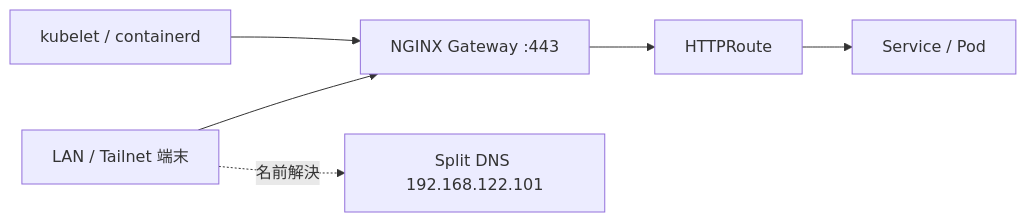
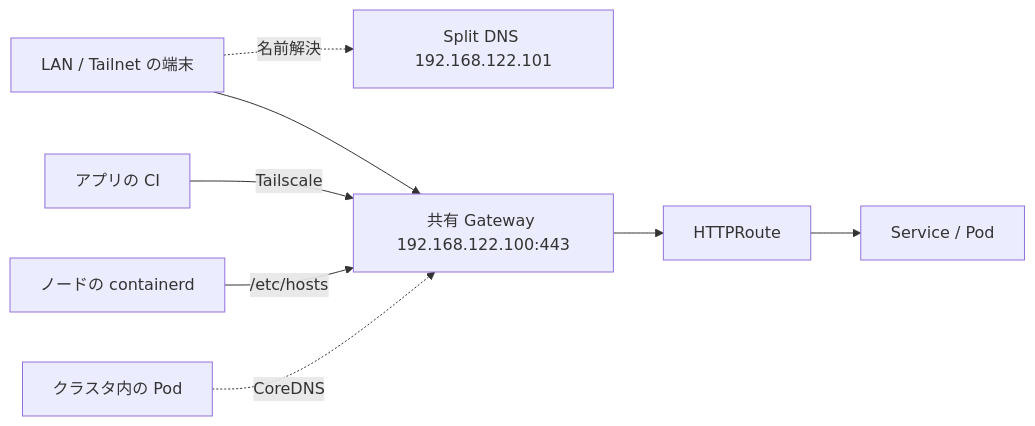
Before and after one commit to home-lab-ksera/home-lab-k8s: the diagram in docs/access.md, drawn with Mermaid. The commit also changed other lines of this file and 50 other files, not shown here.

````diff
--- a/docs/access.md
+++ b/docs/access.md
@@ -28,8 +5,9 @@
 ```mermaid
 flowchart LR
-  Nodes[kubelet / containerd] --> GW[NGINX Gateway :443]
-  Client[LAN / Tailnet 端末] --> GW
-  Client -. 名前解決 .-> DNS[Split DNS 192.168.122.101]
-  GW --> Route[HTTPRoute]
-  Route --> Service[Service / Pod]
+  Client[LAN / Tailnet の端末] -. 名前解決 .-> SDNS[Split DNS 192.168.122.101]
+  Client --> GW[共有 Gateway 192.168.122.100:443]
+  CI[アプリの CI] -->|Tailscale| GW
+  Node[ノードの containerd] -->|/etc/hosts| GW
+  Pod[クラスタ内の Pod] -. CoreDNS .-> GW
+  GW --> Route[HTTPRoute] --> Svc[Service / Pod]
 ```
````
